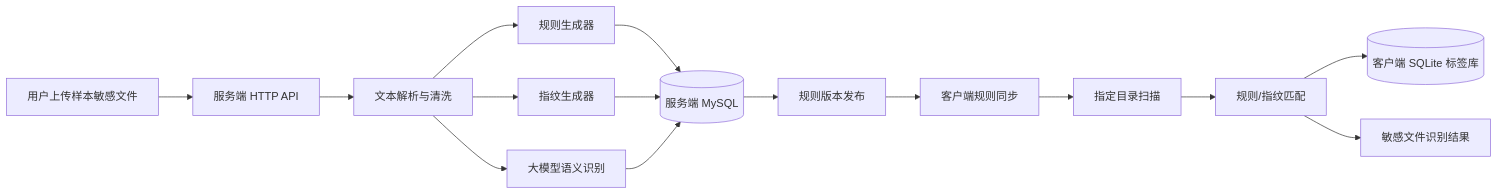
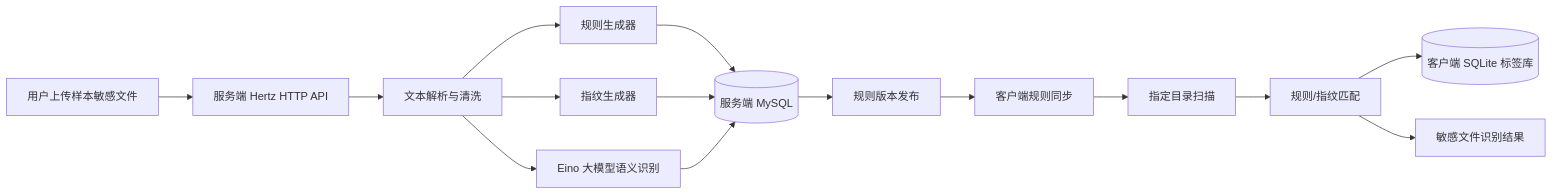
One commit to Chang-mh/SCU-project-model-1 changed the first of 4 diagrams in MODULE_ONE_PLAN.md. Above: the diagram before and after it, drawn with Mermaid. The commit also changed other lines of this file, not shown here.

````diff
--- a/MODULE_ONE_PLAN.md
+++ b/MODULE_ONE_PLAN.md
@@ -18,17 +18,17 @@
 ```mermaid
 flowchart LR
-    U["用户上传样本敏感文件"] --> API["服务端 HTTP API"]
+    U["用户上传样本敏感文件"] --> API["服务端 Hertz HTTP API"]
     API --> P["文本解析与清洗"]
     P --> R["规则生成器"]
     P --> F["指纹生成器"]
-    P --> AI["大模型语义识别"]
+    P --> AI["Eino 大模型语义识别"]
     R --> DB[("服务端 MySQL")]
     F --> DB
     AI --> DB
     DB --> V["规则版本发布"]
     V --> C["客户端规则同步"]
     C --> S["指定目录扫描"]
     S --> M["规则/指纹匹配"]
     M --> L[("客户端 SQLite 标签库")]
     M --> O["敏感文件识别结果"]
 ```
````
